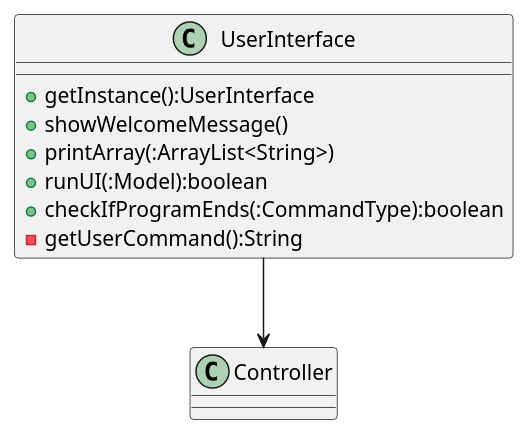
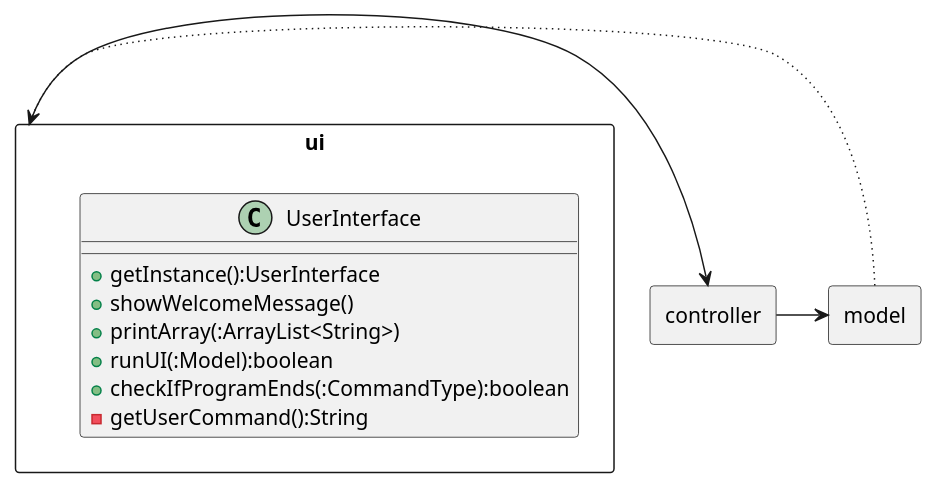
One commit to untitle4/tp changed the diagram in docs/design/UserInterfaceComponent.puml. Above: the diagram before and after it, drawn with PlantUML.

```diff
--- a/docs/design/UserInterfaceComponent.puml
+++ b/docs/design/UserInterfaceComponent.puml
@@ -1,12 +1,25 @@
 @startuml
-class UserInterface {
-    + getInstance():UserInterface
-    + showWelcomeMessage()
-    + printArray(:ArrayList<String>)
-    + runUI(:Model):boolean
-    + checkIfProgramEnds(:CommandType):boolean
-    - getUserCommand():String
+package ui <<rectangle>> {
+    class UserInterface {
+        + getInstance():UserInterface
+        + showWelcomeMessage()
+        + printArray(:ArrayList<String>)
+        + runUI(:Model):boolean
+        + checkIfProgramEnds(:CommandType):boolean
+        - getUserCommand():String
+    }
 }
 
-UserInterface --> Controller
+package controller <<rectangle>> {
+
+}
+
+package model <<rectangle>> {
+
+}
+
+ui -> controller
+controller -> model
+model -[dotted]> ui
+
 @enduml
```
